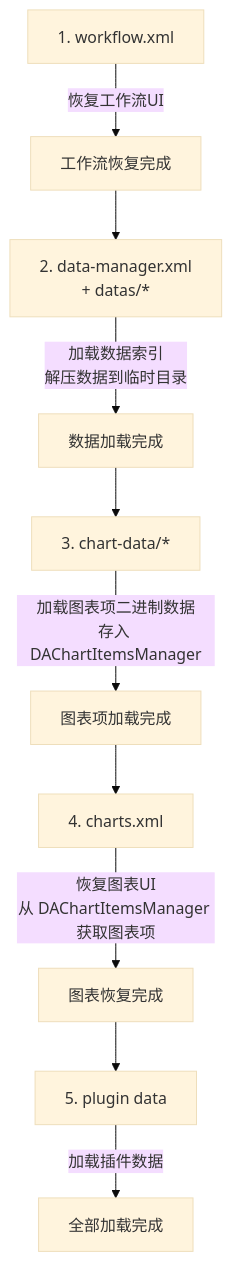
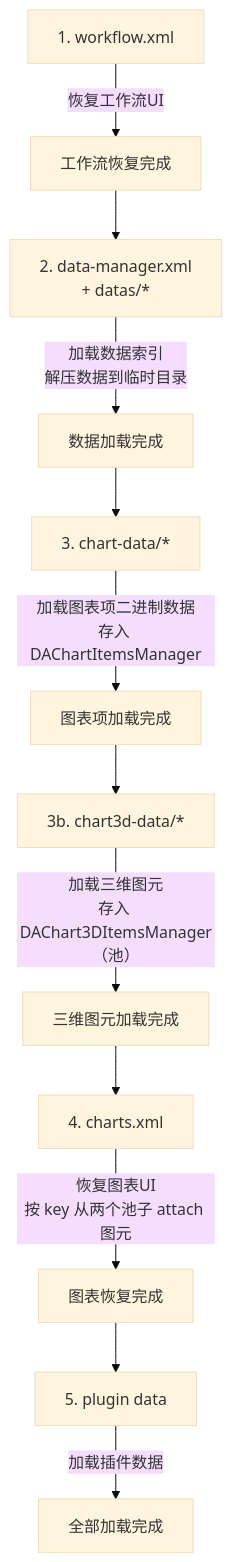
The fourth of 7 diagrams in docs/zh/dev-guide/architecture/project-serialization-architecture.md (czyt1988/data-workbench), drawn with Mermaid (base theme) before and after one commit. The commit also changed other lines of this file and 4 other files, not shown here.

First line of the commit message:
docs(chart): 三维图元持久化口径与 3D 矢量导出实测结论

````diff
--- a/docs/zh/dev-guide/architecture/project-serialization-architecture.md
+++ b/docs/zh/dev-guide/architecture/project-serialization-architecture.md
@@ -658,12 +675,14 @@
 ```mermaid
 flowchart TD
     A["1. workflow.xml"] -->|"恢复工作流UI"| A1["工作流恢复完成"]
     A1 --> B["2. data-manager.xml<br/>+ datas/*"]
     B -->|"加载数据索引<br/>解压数据到临时目录"| B1["数据加载完成"]
     B1 --> C["3. chart-data/*"]
     C -->|"加载图表项二进制数据<br/>存入 DAChartItemsManager"| C1["图表项加载完成"]
-    C1 --> D["4. charts.xml"]
-    D -->|"恢复图表UI<br/>从 DAChartItemsManager 获取图表项"| D1["图表恢复完成"]
+    C1 --> C2["3b. chart3d-data/*"]
+    C2 -->|"加载三维图元<br/>存入 DAChart3DItemsManager（池）"| C3["三维图元加载完成"]
+    C3 --> D["4. charts.xml"]
+    D -->|"恢复图表UI<br/>按 key 从两个池子 attach 图元"| D1["图表恢复完成"]
     D1 --> E["5. plugin data"]
     E -->|"加载插件数据"| E1["全部加载完成"]
 ```
````
